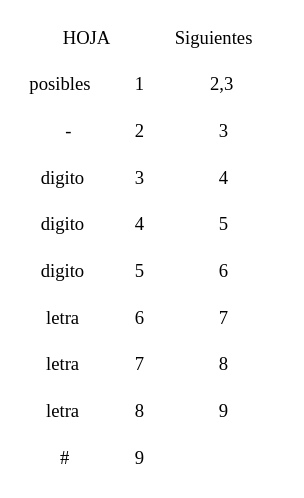
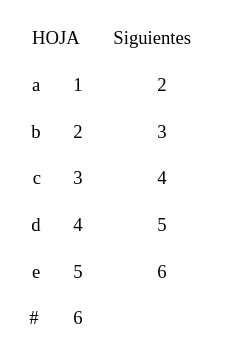
The diagram in [OLC1]201903872_Proyecto1/SIGUIENTES_201903872/P1.dot (AaronGMG2000/-OLC1-Proyecto1), drawn with Graphviz before and after one commit. The commit also changed 75 other files, not shown here.

```diff
--- a/[OLC1]201903872_Proyecto1/SIGUIENTES_201903872/P1.dot
+++ b/[OLC1]201903872_Proyecto1/SIGUIENTES_201903872/P1.dot
@@ -1,57 +1,42 @@
 digraph grafica{
 rankdir=LR;
 forcelabels= true;
 node [shape = plain];
-nodo36 [label = <<table border = '0' cellboder = '1' cellspacing='0' cellpadding='10'>
+nodo22 [label = <<table border = '0' cellboder = '1' cellspacing='0' cellpadding='10'>
 <tr>
 <td COLSPAN='2'>HOJA</td>
 <td>Siguientes</td>
 </tr>
 <tr>
-<td>posibles</td>
+<td>a</td>
 <td>1</td>
-<td>2,3</td>
+<td>2</td>
 </tr>
 <tr>
-<td>-</td>
+<td>b</td>
 <td>2</td>
 <td>3</td>
 </tr>
 <tr>
-<td>digito</td>
+<td>c</td>
 <td>3</td>
 <td>4</td>
 </tr>
 <tr>
-<td>digito</td>
+<td>d</td>
 <td>4</td>
 <td>5</td>
 </tr>
 <tr>
-<td>digito</td>
+<td>e</td>
 <td>5</td>
 <td>6</td>
 </tr>
 <tr>
-<td>letra</td>
+<td>#</td>
 <td>6</td>
-<td>7</td>
-</tr>
-<tr>
-<td>letra</td>
-<td>7</td>
-<td>8</td>
-</tr>
-<tr>
-<td>letra</td>
-<td>8</td>
-<td>9</td>
-</tr>
-<tr>
-<td>#</td>
-<td>9</td>
 <td></td>
 </tr>
 </table>>];
 
 }
```
